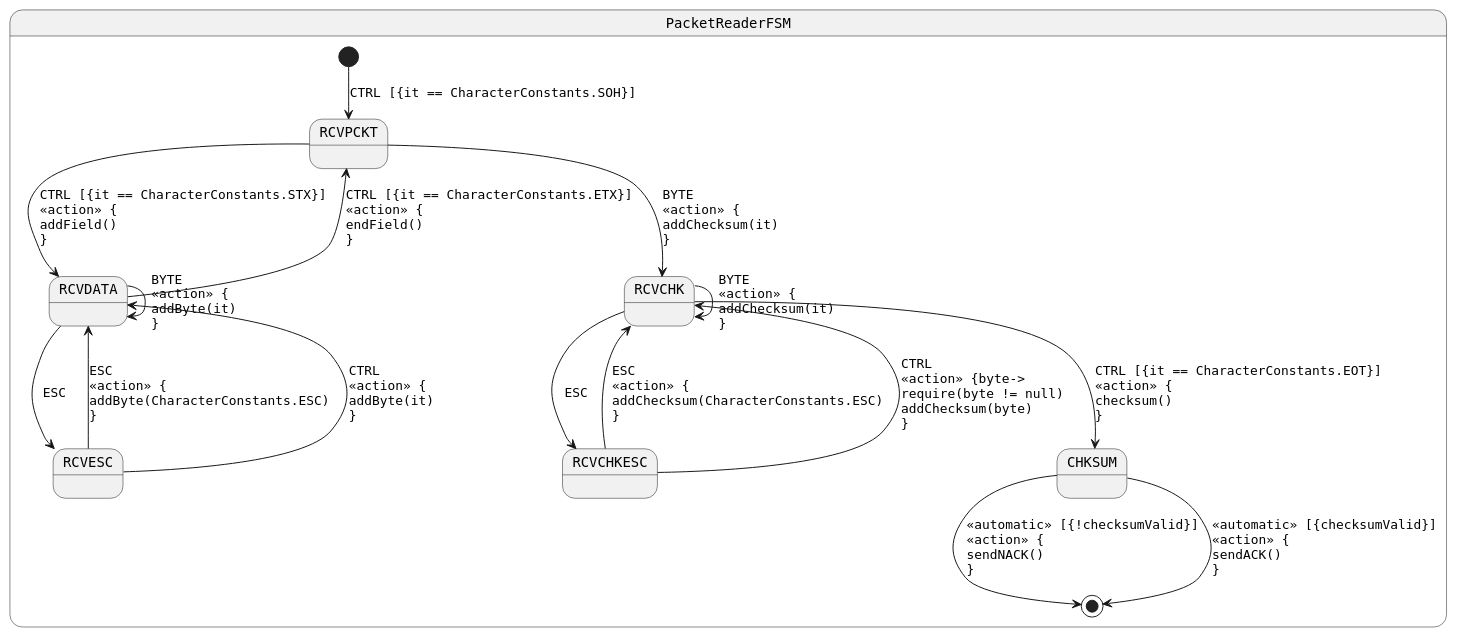
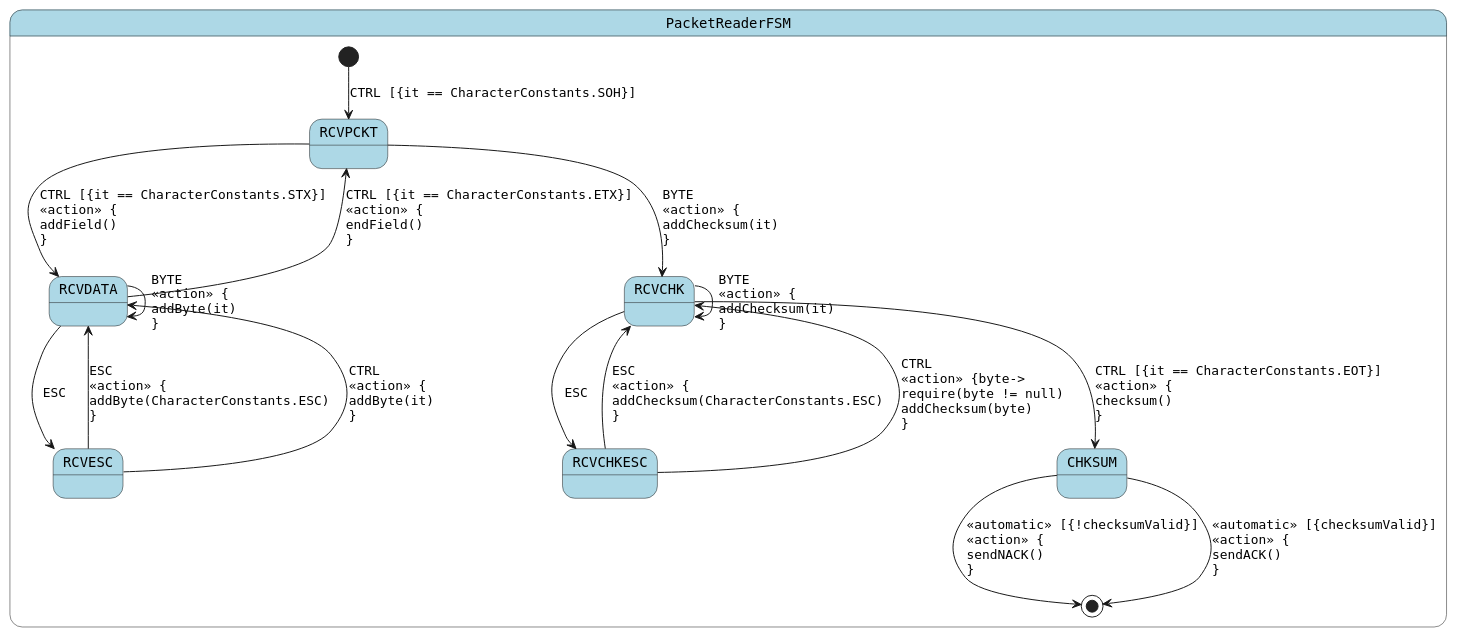
The diagram in generated-parsed/packet-reader.plantuml (open-jumpco/kfsm-viz), drawn with PlantUML before and after one commit. The commit also changed 4 other files, not shown here.

```diff
--- a/generated-parsed/packet-reader.plantuml
+++ b/generated-parsed/packet-reader.plantuml
@@ -1,21 +1,24 @@
 @startuml
 skinparam StateFontName Helvetica
 skinparam defaultFontName Monospaced
+skinparam state {
+    BackgroundColor LightBlue
+}
 state PacketReaderFSM {
 [*] --> RCVPCKT : CTRL [{it == CharacterConstants.SOH}]
 RCVPCKT --> RCVDATA : CTRL [{it == CharacterConstants.STX}]\l<<action>> {\laddField()\l}
 RCVPCKT --> RCVCHK : BYTE\l<<action>> {\laddChecksum(it)\l}
 RCVDATA --> RCVDATA : BYTE\l<<action>> {\laddByte(it)\l}
 RCVDATA --> RCVPCKT : CTRL [{it == CharacterConstants.ETX}]\l<<action>> {\lendField()\l}
 RCVDATA --> RCVESC : ESC
 RCVESC --> RCVDATA : ESC\l<<action>> {\laddByte(CharacterConstants.ESC)\l}
 RCVESC --> RCVDATA : CTRL\l<<action>> {\laddByte(it)\l}
 RCVCHK --> RCVCHK : BYTE\l<<action>> {\laddChecksum(it)\l}
 RCVCHK --> RCVCHKESC : ESC
 RCVCHK --> CHKSUM : CTRL [{it == CharacterConstants.EOT}]\l<<action>> {\lchecksum()\l}
 CHKSUM --> [*] : <<automatic>> [{!checksumValid}]\l<<action>> {\lsendNACK()\l}
 CHKSUM --> [*] : <<automatic>> [{checksumValid}]\l<<action>> {\lsendACK()\l}
 RCVCHKESC --> RCVCHK : ESC\l<<action>> {\laddChecksum(CharacterConstants.ESC)\l}
 RCVCHKESC --> RCVCHK : CTRL\l<<action>> {byte->\lrequire(byte != null)\laddChecksum(byte)\l}
 }
 @enduml
```
